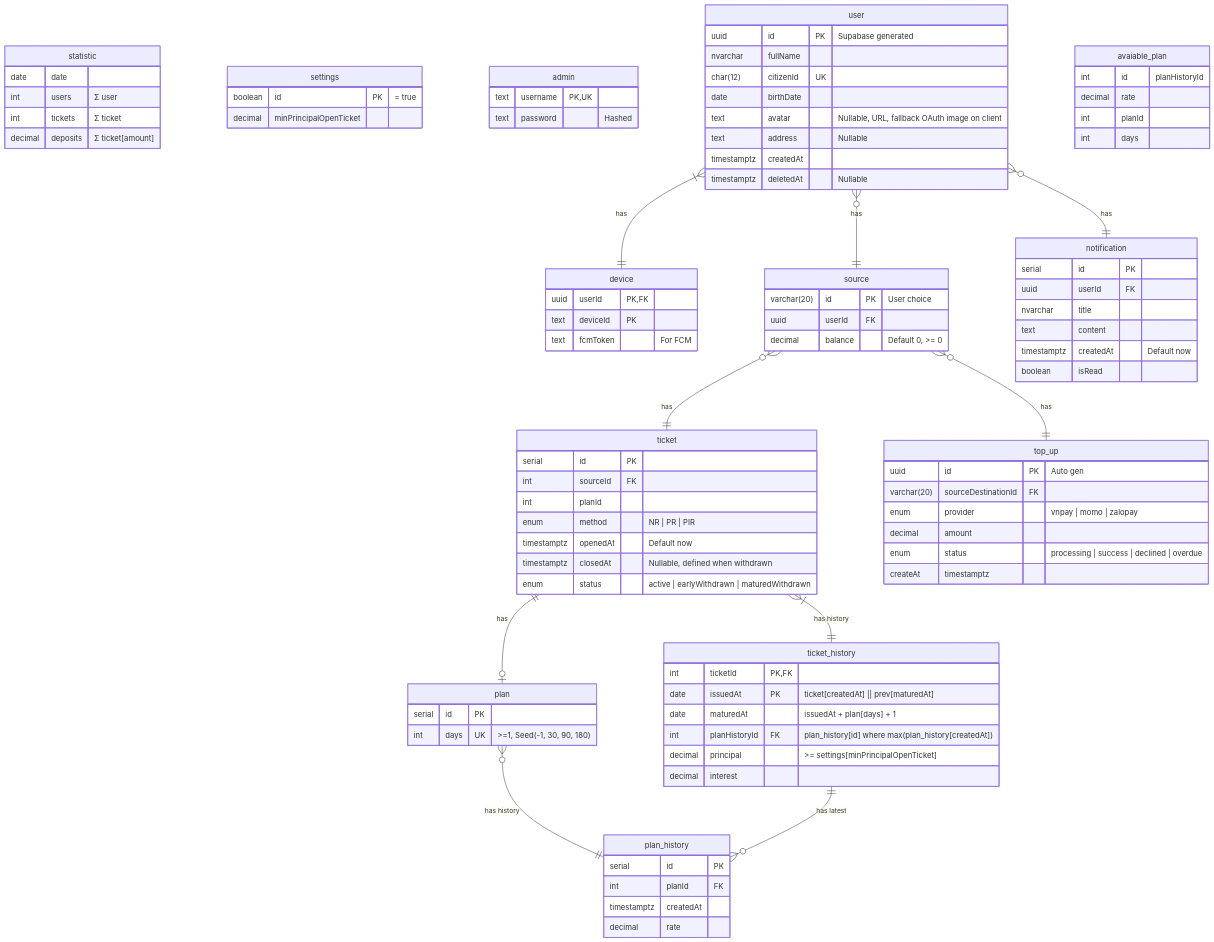
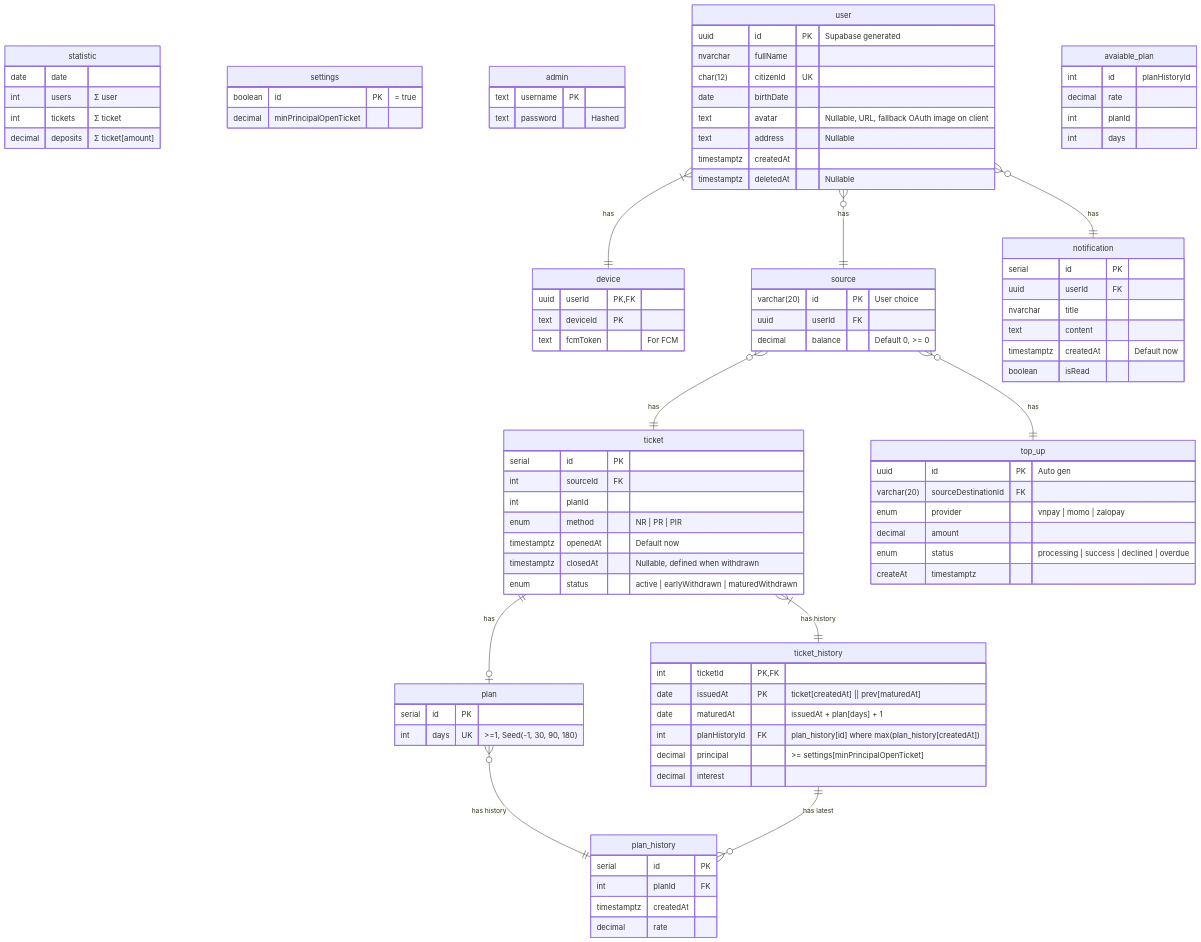
One commit to coinhub-uit/coinhub-uit.github.io changed the diagram in docs/diagrams/database/index.md. Above: the diagram before and after it, drawn with Mermaid. The commit also changed 1 other file, not shown here.

Commit message:
feat(database): add `requirements-changing`

```diff
--- a/docs/diagrams/database/index.md
+++ b/docs/diagrams/database/index.md
@@ -19,7 +19,7 @@
   }
 
   admin {
-    text username PK,UK
+    text username PK
     text password "Hashed"
   }
 
```
